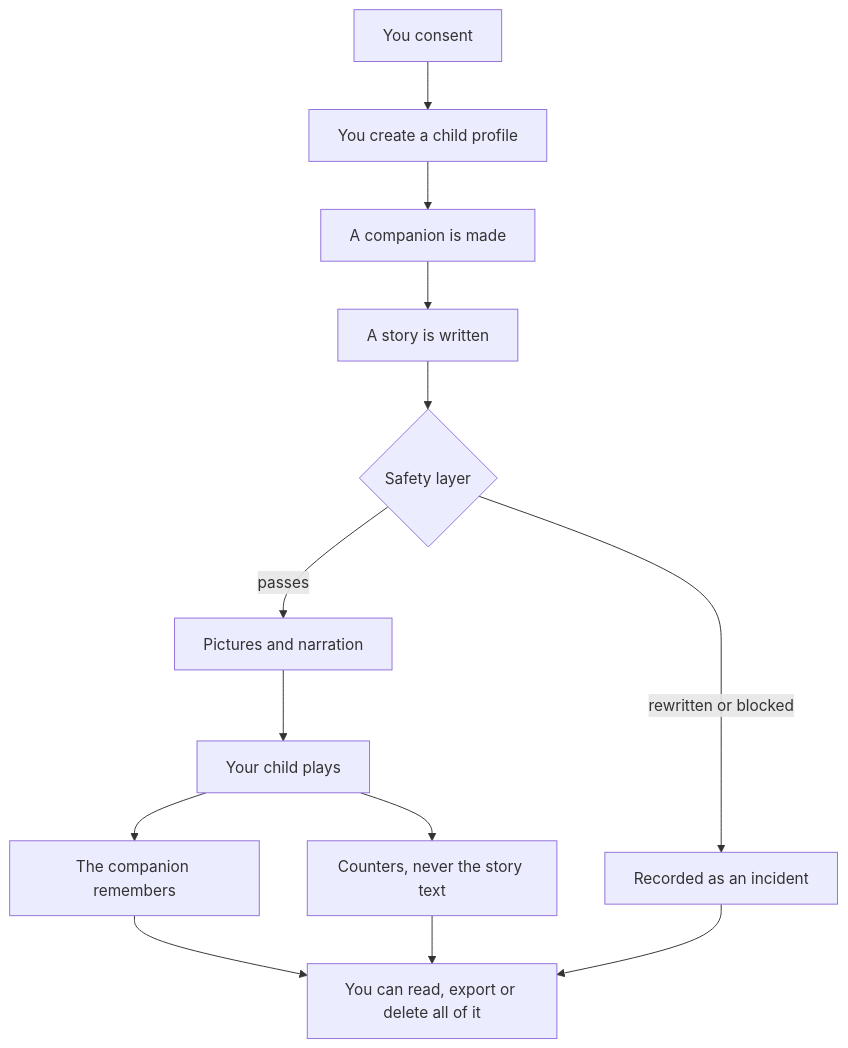
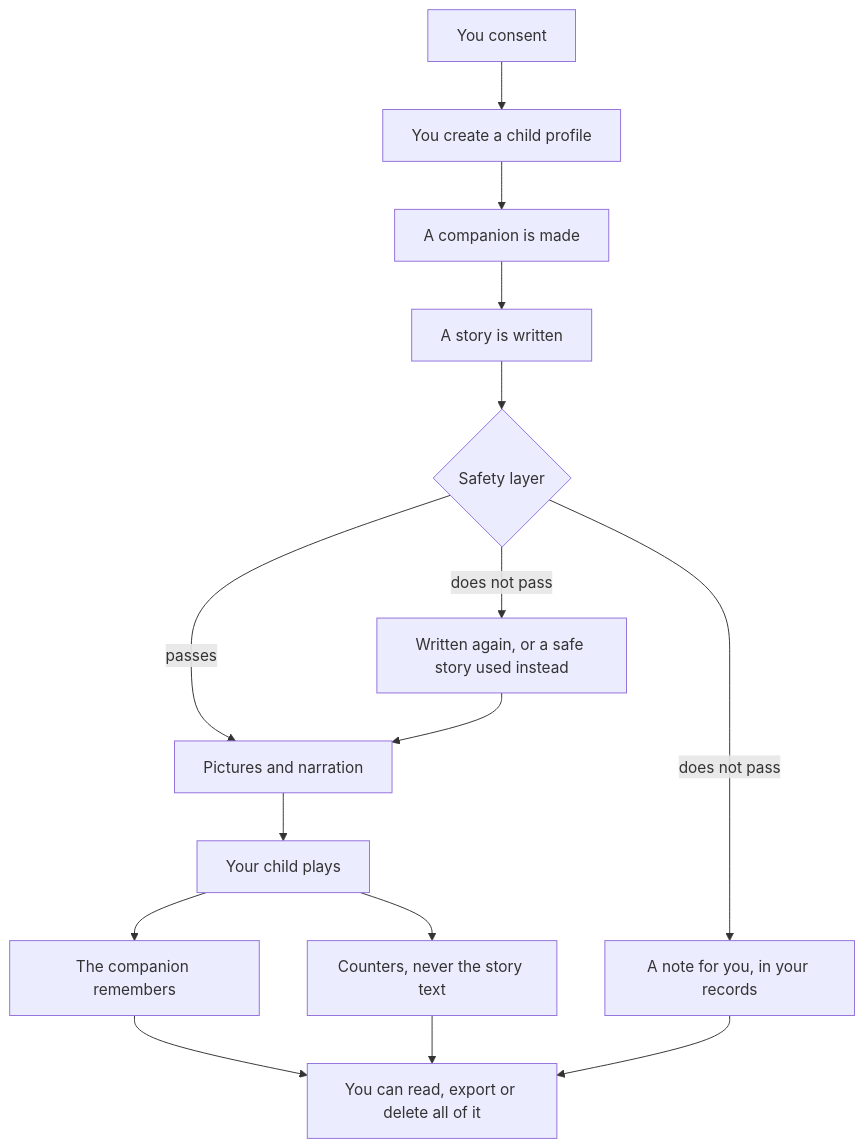
Before and after one commit to ullasgowda15/Vidhye-ThePrimer: the diagram in Docs/Parent-Data-SOP.md, drawn with Mermaid. The commit also changed other lines of this file, not shown here.

````diff
--- a/Docs/Parent-Data-SOP.md
+++ b/Docs/Parent-Data-SOP.md
@@ -30,15 +30,17 @@
 ```mermaid
 flowchart TD
     A[You consent] --> B[You create a child profile]
     B --> C[A companion is made]
     C --> D[A story is written]
     D --> E{Safety layer}
     E -->|passes| F[Pictures and narration]
-    E -->|rewritten or blocked| G[Recorded as an incident]
+    E -->|does not pass| G[Written again, or a safe story used instead]
+    G --> F
     F --> H[Your child plays]
+    E -->|does not pass| L[A note for you, in your records]
     H --> I[The companion remembers]
     H --> J[Counters, never the story text]
     I --> K[You can read, export or delete all of it]
     J --> K
-    G --> K
+    L --> K
 ```
````
